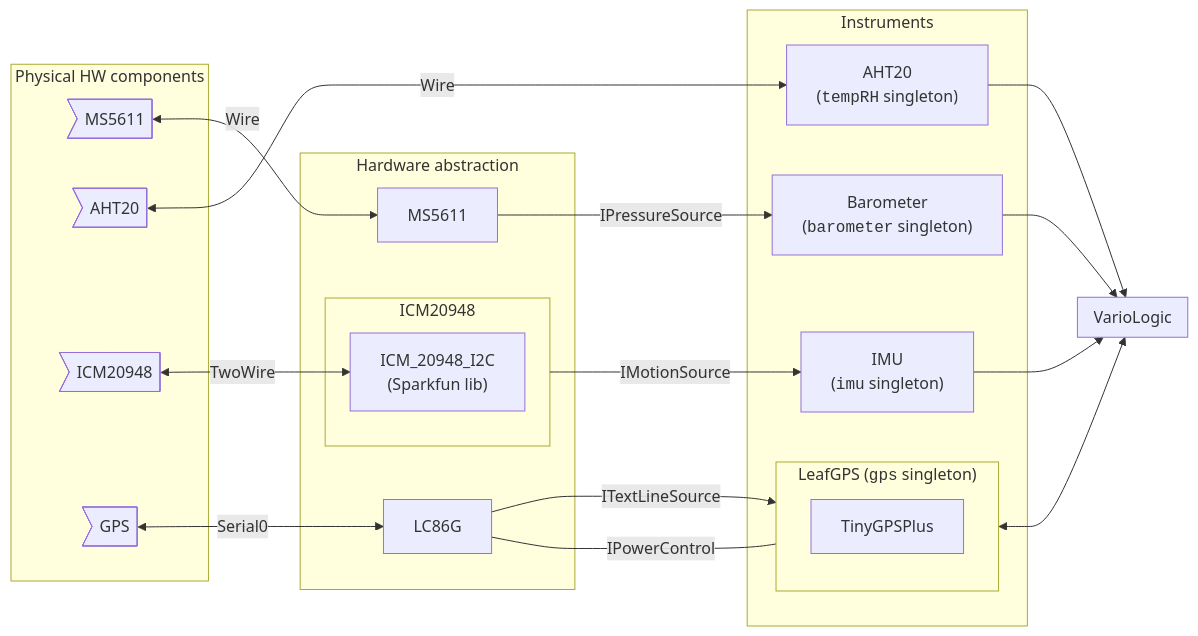
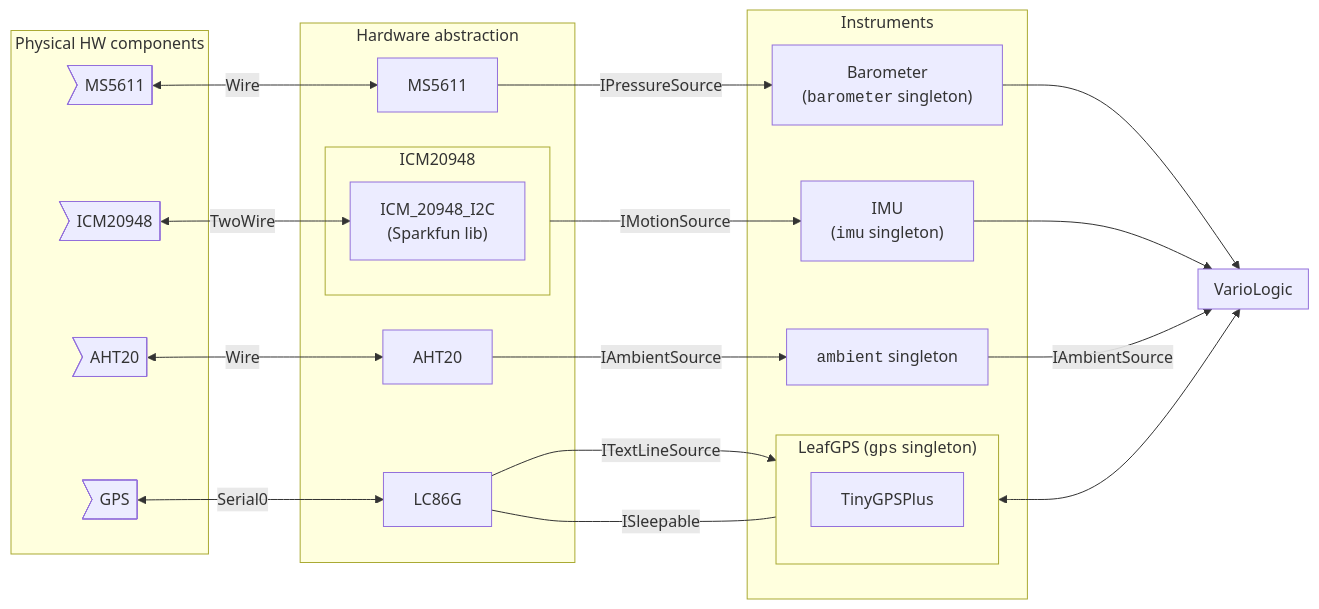
Before and after one commit to DangerMonkeys/leaf: the diagram in src/vario/README.md, drawn with Mermaid. The commit also changed 12 other files, not shown here.

Commit message:
Abstract AHT20 into IAmbientSource

````diff
--- a/src/vario/README.md
+++ b/src/vario/README.md
@@ -47,42 +47,43 @@
 ```mermaid
 flowchart LR
     subgraph Physical HW components
         MS5611dev>MS5611]
         AHT20dev>AHT20]
         ICM20948dev>ICM20948]
         GPSdev>GPS]
     end
 
     subgraph Hardware abstraction
+        AHT20hw["AHT20"]
         MS5611["MS5611"]
         subgraph ICM20948
             ICM_20948_I2C
         end
         LC86G
     end
 
     subgraph Instruments
-        AHT20["AHT20<br>(<code>tempRH</code> singleton)"]
+        Ambient["<code>ambient</code> singleton"]
         Barometer["Barometer<br>(<code>barometer</code> singleton)"]
         IMU["IMU<br>(<code>imu</code> singleton)"]
         subgraph LeafGPS["LeafGPS (<code>gps</code> singleton)"]
             TinyGPSPlus
         end
     end
 
     subgraph VarioLogic
     end
 
     MS5611dev <-->|Wire| MS5611 -->|IPressureSource| Barometer
-    AHT20dev <-->|Wire| AHT20
+    AHT20dev <-->|Wire| AHT20hw -->|IAmbientSource| Ambient
     GPSdev <-->|Serial0| LC86G -->|ITextLineSource| LeafGPS
-    LC86G ---|IPowerControl| LeafGPS
+    LC86G ---|ISleepable| LeafGPS
 
     ICM20948dev <-->|TwoWire| ICM_20948_I2C["ICM_20948_I2C<br>(Sparkfun lib)"]
     ICM20948 -->|IMotionSource| IMU
 
     Barometer --> VarioLogic
     IMU --> VarioLogic
-    AHT20 --> VarioLogic
+    Ambient -->|IAmbientSource| VarioLogic
     LeafGPS <--> VarioLogic
 ```
````
